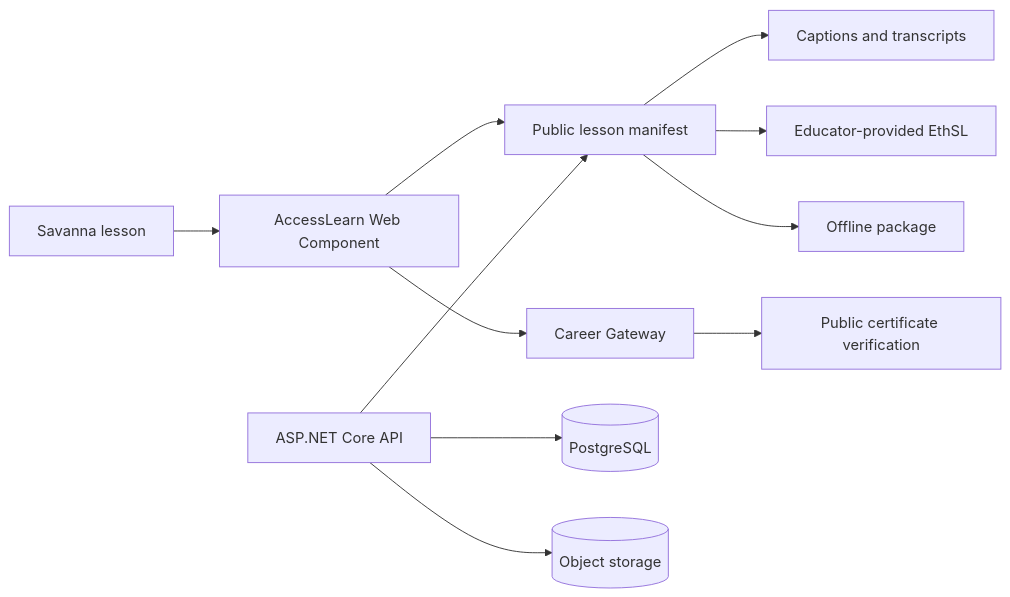
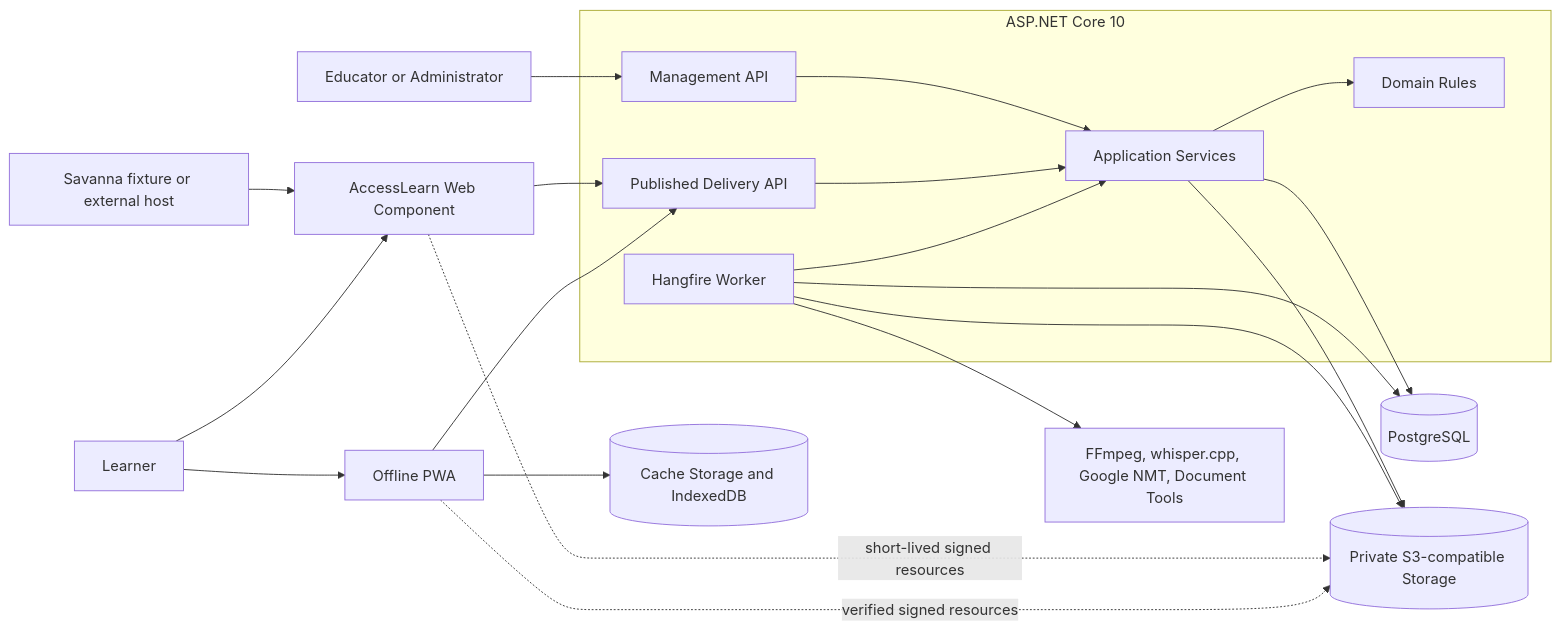
One commit to ermi-e3/accessibility changed the diagram in README.md. Above: the diagram before and after it, drawn with Mermaid. The commit also changed other lines of this file and 62 other files, not shown here.

````diff
--- a/README.md
+++ b/README.md
@@ -164,13 +232,42 @@
 ```mermaid
 flowchart LR
-    S[Savanna lesson] --> P[AccessLearn Web Component]
-    P --> M[Public lesson manifest]
-    M --> C[Captions and transcripts]
-    M --> E[Educator-provided EthSL]
-    M --> O[Offline package]
-    P --> G[Career Gateway]
-    G --> V[Public certificate verification]
-    A[ASP.NET Core API] --> M
-    A --> R[(PostgreSQL)]
-    A --> B[(Object storage)]
+    EDU[Educator or Administrator]
+    HOST[Savanna fixture or external host]
+    LEARNER[Learner]
+
+    PLAYER[AccessLearn Web Component]
+    PWA[Offline PWA]
+
+    subgraph APP[ASP.NET Core 10]
+        API[Management API]
+        PUBLIC[Published Delivery API]
+        SERVICES[Application Services]
+        DOMAIN[Domain Rules]
+        WORKER[Hangfire Worker]
+
+        API --> SERVICES
+        PUBLIC --> SERVICES
+        SERVICES --> DOMAIN
+        WORKER --> SERVICES
+    end
+
+    PG[(PostgreSQL)]
+    S3[(Private S3-compatible Storage)]
+    TOOLS[FFmpeg, whisper.cpp, Google NMT, Document Tools]
+    CACHE[(Cache Storage and IndexedDB)]
+
+    EDU --> API
+    HOST --> PLAYER
+    LEARNER --> PLAYER
+    LEARNER --> PWA
+    PLAYER --> PUBLIC
+    PWA --> PUBLIC
+    SERVICES --> PG
+    SERVICES --> S3
+    WORKER --> PG
+    WORKER --> TOOLS
+    WORKER --> S3
+    PLAYER -. "short-lived signed resources" .-> S3
+    PWA -. "verified signed resources" .-> S3
+    PWA --> CACHE
 ```
````
